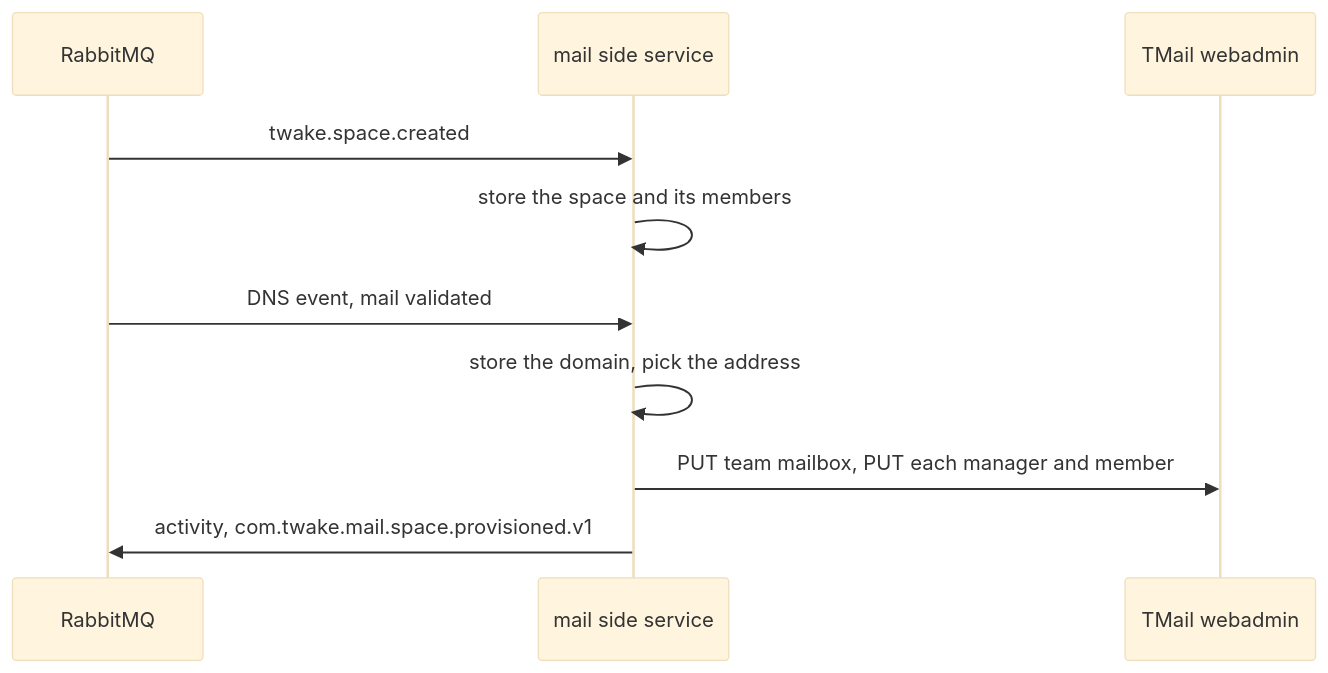
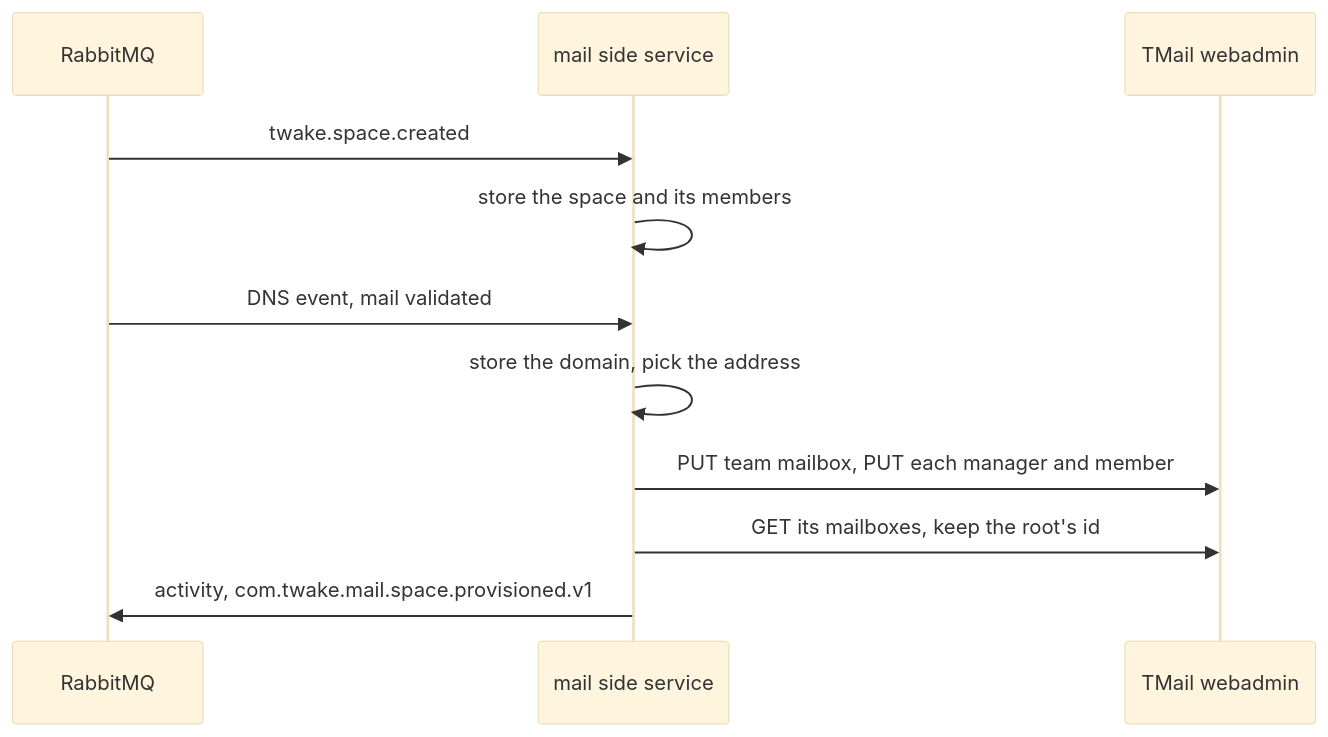
Before and after one commit to linagora/twake-mail-side-service: the second of 2 diagrams in docs/architecture.md, drawn with Mermaid (base theme). The commit also changed other lines of this file and 10 other files, not shown here.

Commit message:
fix: announce the team mailbox by its root mailbox id

````diff
--- a/docs/architecture.md
+++ b/docs/architecture.md
@@ -36,12 +36,13 @@
 ```mermaid
 sequenceDiagram
   participant R as RabbitMQ
   participant M as mail side service
   participant T as TMail webadmin
   R->>M: twake.space.created
   M->>M: store the space and its members
   R->>M: DNS event, mail validated
   M->>M: store the domain, pick the address
   M->>T: PUT team mailbox, PUT each manager and member
+  M->>T: GET its mailboxes, keep the root's id
   M->>R: activity, com.twake.mail.space.provisioned.v1
 ```
````
